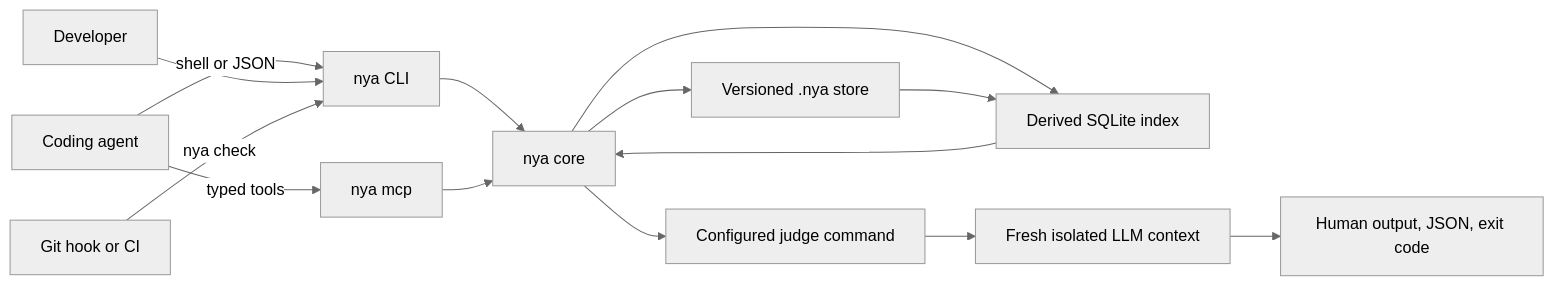
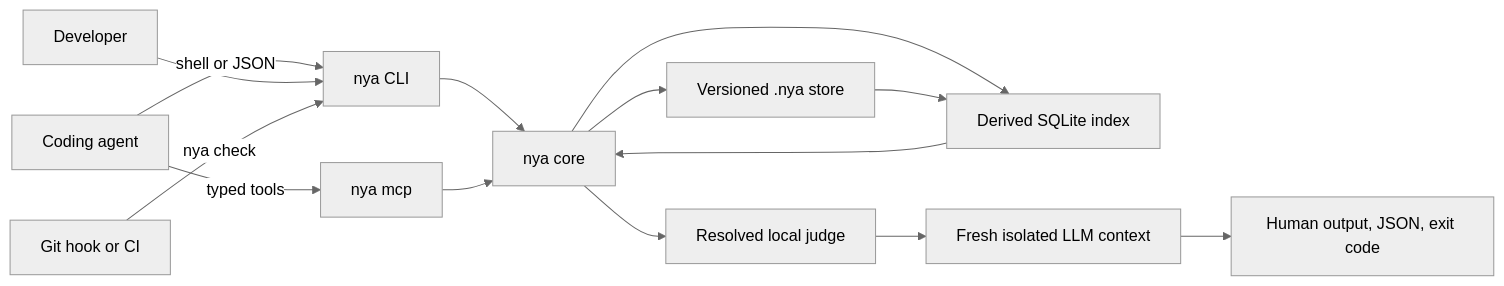
The diagram in ARCHITECTURE.md (lucasrgt/not-you-again), drawn with Mermaid (neutral theme) before and after one commit. The commit also changed other lines of this file and 10 other files, not shown here.

Commit message:
feat: separate project and local judge config

````diff
--- a/ARCHITECTURE.md
+++ b/ARCHITECTURE.md
@@ -34,18 +34,18 @@
 ```mermaid
 flowchart LR
     AGENT["Coding agent"] -->|"shell or JSON"| CLI["nya CLI"]
     AGENT -->|"typed tools"| MCP["nya mcp"]
     HUMAN["Developer"] --> CLI
     CI["Git hook or CI"] -->|"nya check"| CLI
 
     CLI --> CORE["nya core"]
     MCP --> CORE
     CORE --> STORE["Versioned .nya store"]
     CORE --> INDEX["Derived SQLite index"]
-    CORE --> RUNNER["Configured judge command"]
+    CORE --> RUNNER["Resolved local judge"]
     RUNNER --> JUDGE["Fresh isolated LLM context"]
 
     STORE --> INDEX
     INDEX --> CORE
     JUDGE --> RESULT["Human output, JSON, exit code"]
 ```
````
